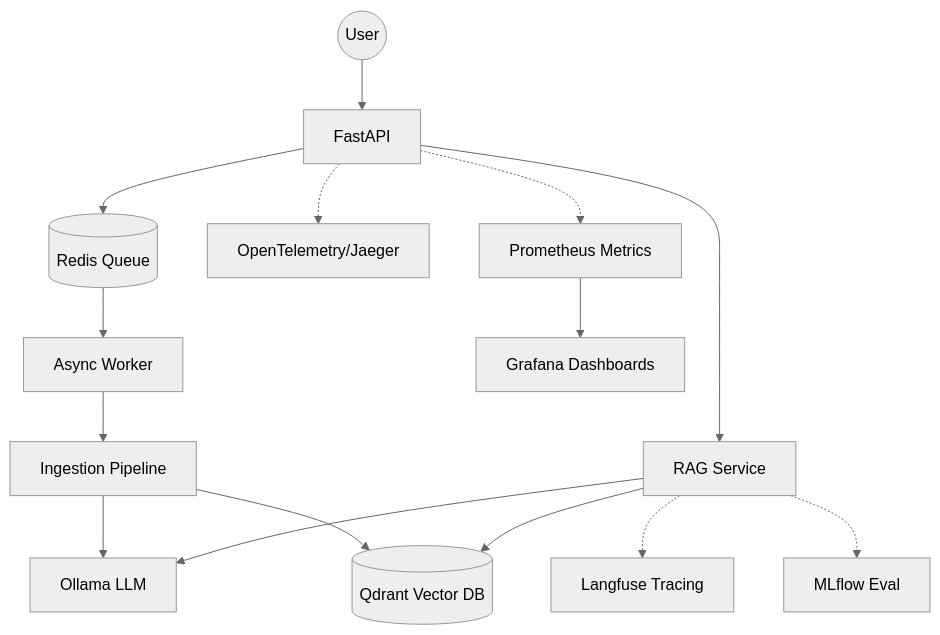
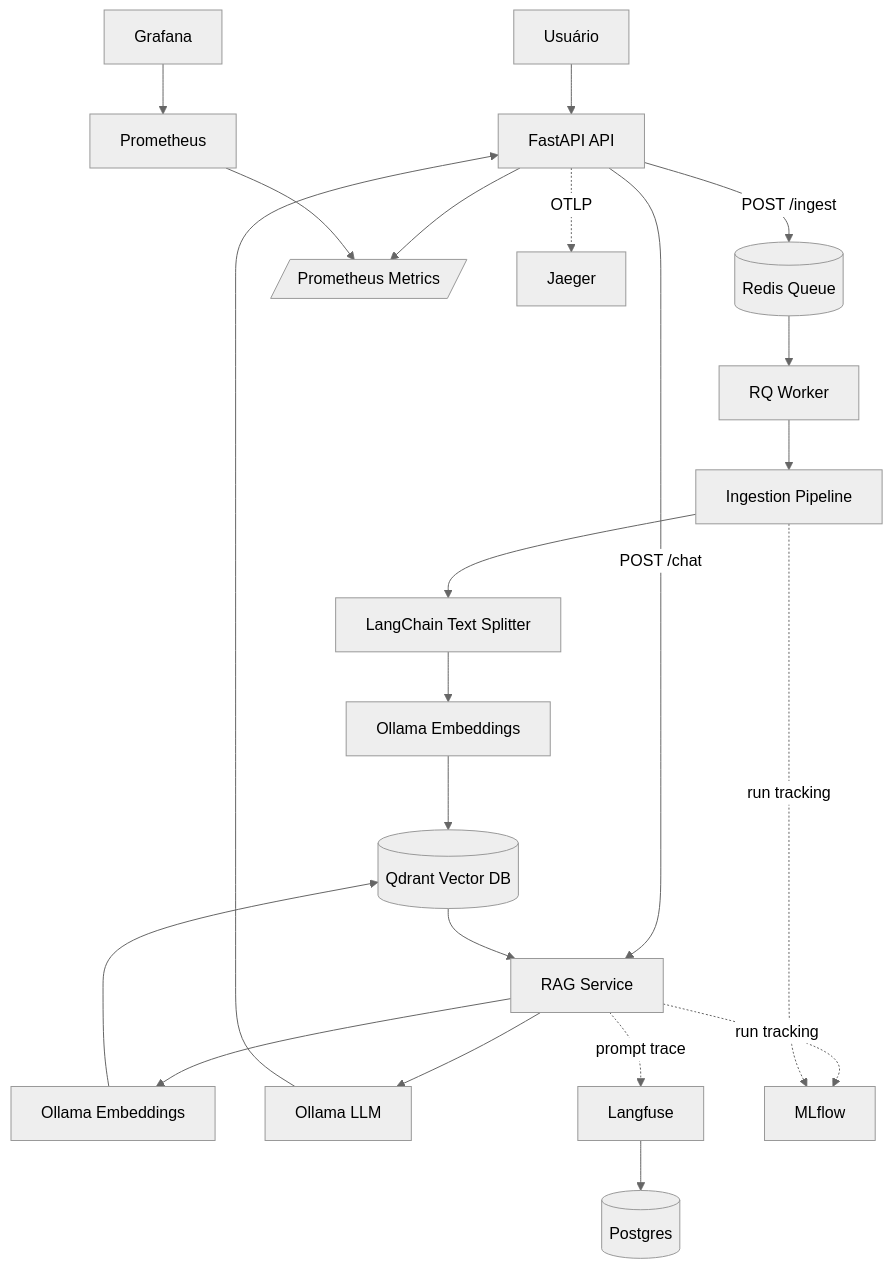
Before and after one commit to cayoesn/llm-rag: the diagram in README.md, drawn with Mermaid (neutral theme). The commit also changed other lines of this file, not shown here.

Commit message:
feat: update README with detailed project overview, architecture, and usage instructions

````diff
--- a/README.md
+++ b/README.md
@@ -7,19 +51,29 @@
 ```mermaid
 graph TD
-    User((User)) --> API[FastAPI]
-    API --> Redis[(Redis Queue)]
-    Redis --> Worker[Async Worker]
+    User[Usuário] --> API[FastAPI API]
+
+    API -->|POST /ingest| Redis[(Redis Queue)]
+    Redis --> Worker[RQ Worker]
     Worker --> Ingestion[Ingestion Pipeline]
-    Ingestion --> Ollama[Ollama Embeddings]
-    Ingestion --> Qdrant[(Qdrant Vector DB)]
-    
-    API --> RAG[RAG Service]
-    RAG --> Qdrant
-    RAG --> Ollama[Ollama LLM]
-    
-    API -.-> OTEL[OpenTelemetry/Jaeger]
-    RAG -.-> Langfuse[Langfuse Tracing]
-    RAG -.-> MLflow[MLflow Eval]
-    API -.-> Prometheus[Prometheus Metrics]
-    Prometheus --> Grafana[Grafana Dashboards]
+    Ingestion --> Splitter[LangChain Text Splitter]
+    Splitter --> Embedder[Ollama Embeddings]
+    Embedder --> Qdrant[(Qdrant Vector DB)]
+
+    API -->|POST /chat| RAG[RAG Service]
+    RAG --> EmbedQuery[Ollama Embeddings]
+    EmbedQuery --> Qdrant
+    Qdrant --> RAG
+    RAG --> LLM[Ollama LLM]
+    LLM --> API
+
+    API --> Metrics[/Prometheus Metrics/]
+    Prometheus[Prometheus] --> Metrics
+    Grafana[Grafana] --> Prometheus
+
+    API -. OTLP .-> Jaeger[Jaeger]
+    RAG -. prompt trace .-> Langfuse[Langfuse]
+    RAG -. run tracking .-> MLflow[MLflow]
+    Ingestion -. run tracking .-> MLflow
+
+    Langfuse --> Postgres[(Postgres)]
 ```
````
